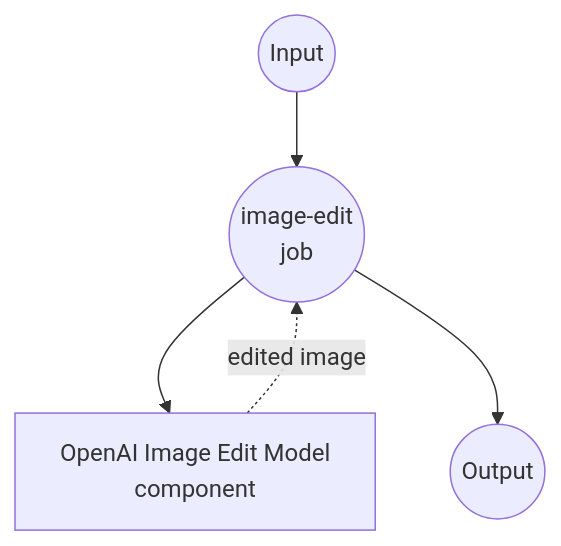
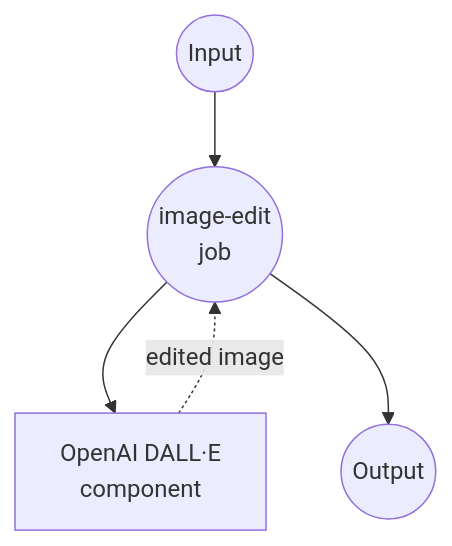
The diagram in examples/openai-image-edits/README.md (hanyeol/model-compose), drawn with Mermaid before and after one commit. The commit also changed other lines of this file and 21 other files, not shown here.

````diff
--- a/examples/openai-image-edits/README.md
+++ b/examples/openai-image-edits/README.md
@@ -105,16 +105,16 @@
 ```mermaid
 graph TD
     %% Jobs (circles)
     J1((image-edit<br/>job))
 
     %% Components (rectangles)
-    C1[OpenAI Image Edit Model<br/>component]
+    C1[OpenAI DALL·E<br/>component]
 
     %% Job to component connections (solid: invokes, dotted: returns)
     J1 --> C1
     C1 -.-> |edited image| J1
 
     %% Input/Output
     Input((Input)) --> J1
     J1 --> Output((Output))
 ```
````
